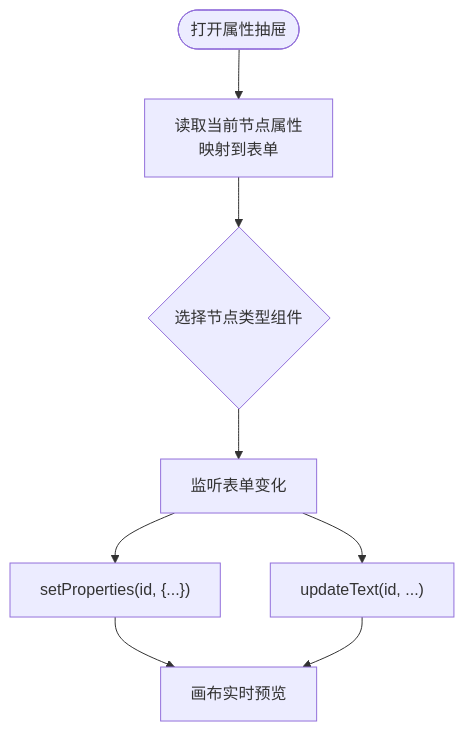
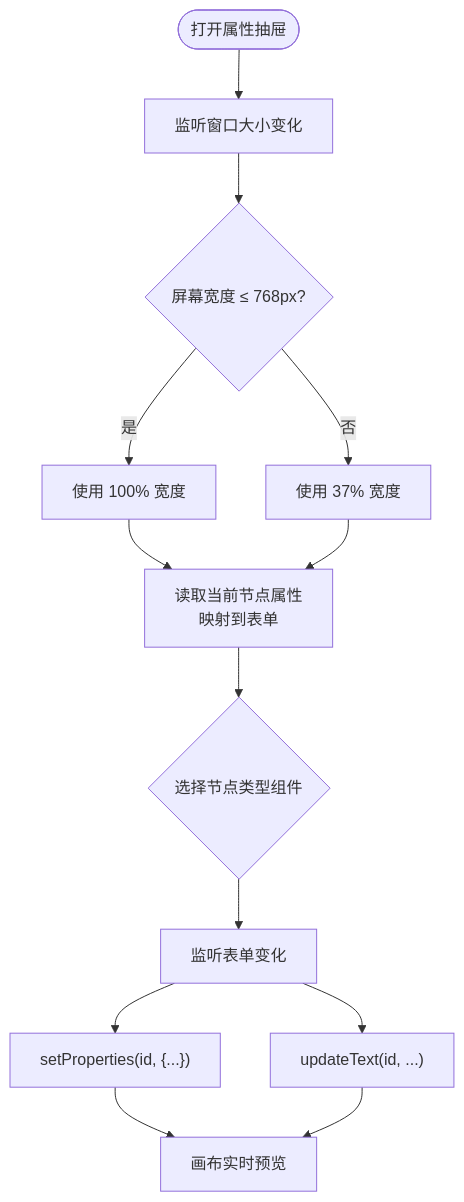
Before and after one commit to dromara/warm-flow: the third of 8 diagrams in .qoder/repowiki/zh/content/可视化设计器/节点属性配置.md, drawn with Mermaid. The commit also changed other lines of this file and 18 other files, not shown here.

````diff
--- a/.qoder/repowiki/zh/content/可视化设计器/节点属性配置.md
+++ b/.qoder/repowiki/zh/content/可视化设计器/节点属性配置.md
@@ -150,10 +168,15 @@
 ```mermaid
 flowchart TD
-Start(["打开属性抽屉"]) --> Load["读取当前节点属性<br/>映射到表单"]
+Start(["打开属性抽屉"]) --> Resize["监听窗口大小变化"]
+Resize --> Check{"屏幕宽度 ≤ 768px?"}
+Check --> |是| FullScreen["使用 100% 宽度"]
+Check --> |否| Desktop["使用 37% 宽度"]
+FullScreen --> Load["读取当前节点属性<br/>映射到表单"]
+Desktop --> Load
 Load --> Render{"选择节点类型组件"}
 Render --> Watch["监听表单变化"]
 Watch --> SyncProp["setProperties(id, {...})"]
 Watch --> SyncText["updateText(id, ...)"]
 SyncProp --> Preview["画布实时预览"]
 SyncText --> Preview
 ```
````
